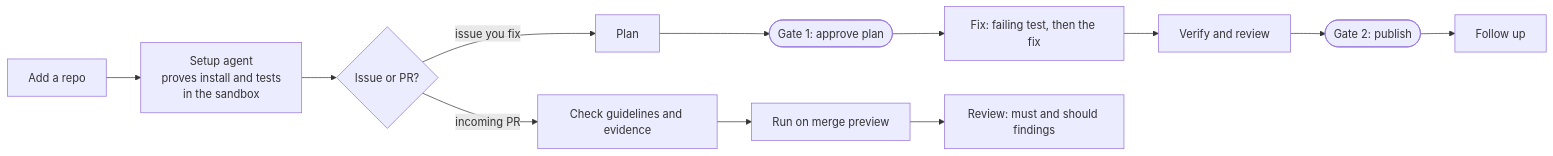
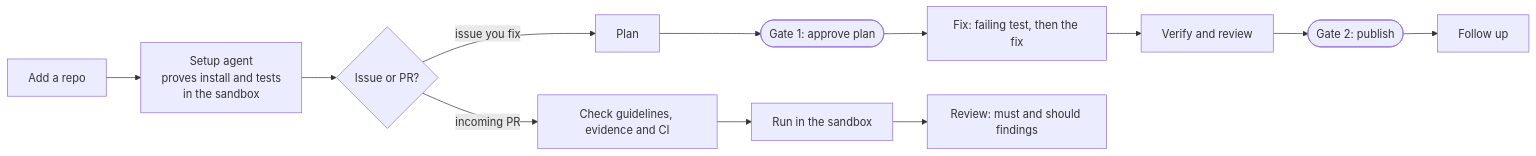
Before and after one commit to MaheshPulivarthi18/NightShift: the diagram in README.md, drawn with Mermaid. The commit also changed other lines of this file and 5 other files, not shown here.

````diff
--- a/README.md
+++ b/README.md
@@ -43,7 +50,7 @@
 ```mermaid
 flowchart LR
     A[Add a repo] --> B[Setup agent<br/>proves install and tests<br/>in the sandbox]
     B --> C{Issue or PR?}
     C -->|issue you fix| D[Plan] --> G1([Gate 1: approve plan]) --> E[Fix: failing test, then the fix] --> F[Verify and review] --> G2([Gate 2: publish]) --> H[Follow up]
-    C -->|incoming PR| P[Check guidelines and evidence] --> R[Run on merge preview] --> V[Review: must and should findings]
+    C -->|incoming PR| P[Check guidelines, evidence and CI] --> R[Run in the sandbox] --> V[Review: must and should findings]
 ```
````
